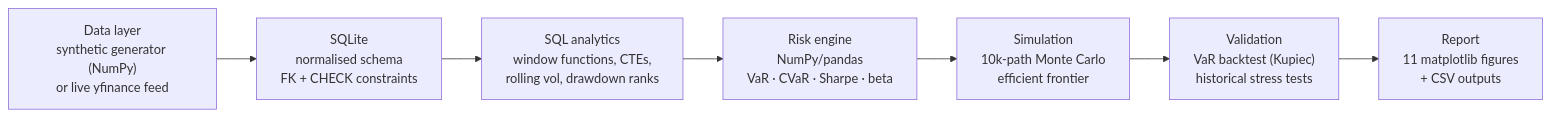
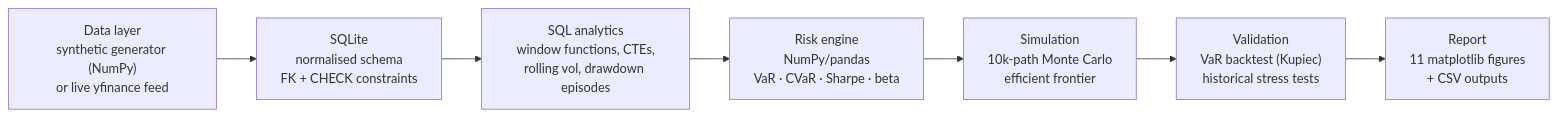
The diagram in README.md (amanmir100-source/portfolio-risk-analytics), drawn with Mermaid before and after one commit. The commit also changed other lines of this file and 1 other file, not shown here.

Commit message:
Show drawdown episodes in the README

````diff
--- a/README.md
+++ b/README.md
@@ -16,9 +16,9 @@
 ```mermaid
 flowchart LR
     A["Data layer<br/>synthetic generator (NumPy)<br/>or live yfinance feed"] --> B["SQLite<br/>normalised schema<br/>FK + CHECK constraints"]
-    B --> C["SQL analytics<br/>window functions, CTEs,<br/>rolling vol, drawdown ranks"]
+    B --> C["SQL analytics<br/>window functions, CTEs,<br/>rolling vol, drawdown episodes"]
     C --> D["Risk engine<br/>NumPy/pandas<br/>VaR · CVaR · Sharpe · beta"]
     D --> E["Simulation<br/>10k-path Monte Carlo<br/>efficient frontier"]
     E --> G["Validation<br/>VaR backtest (Kupiec)<br/>historical stress tests"]
     G --> F["Report<br/>11 matplotlib figures<br/>+ CSV outputs"]
 ```
````
